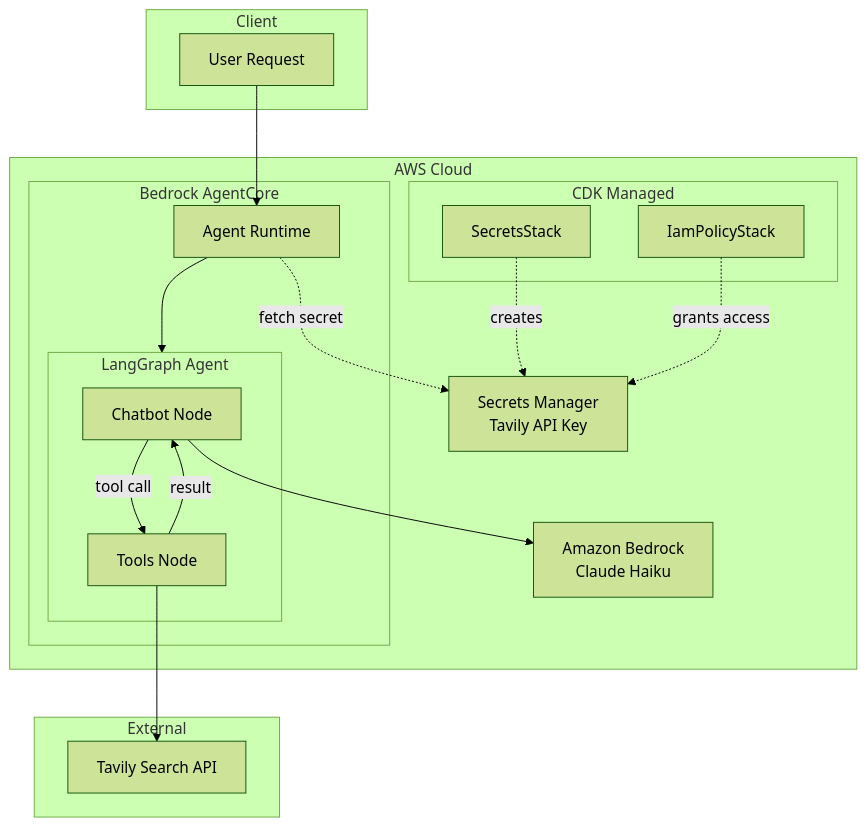
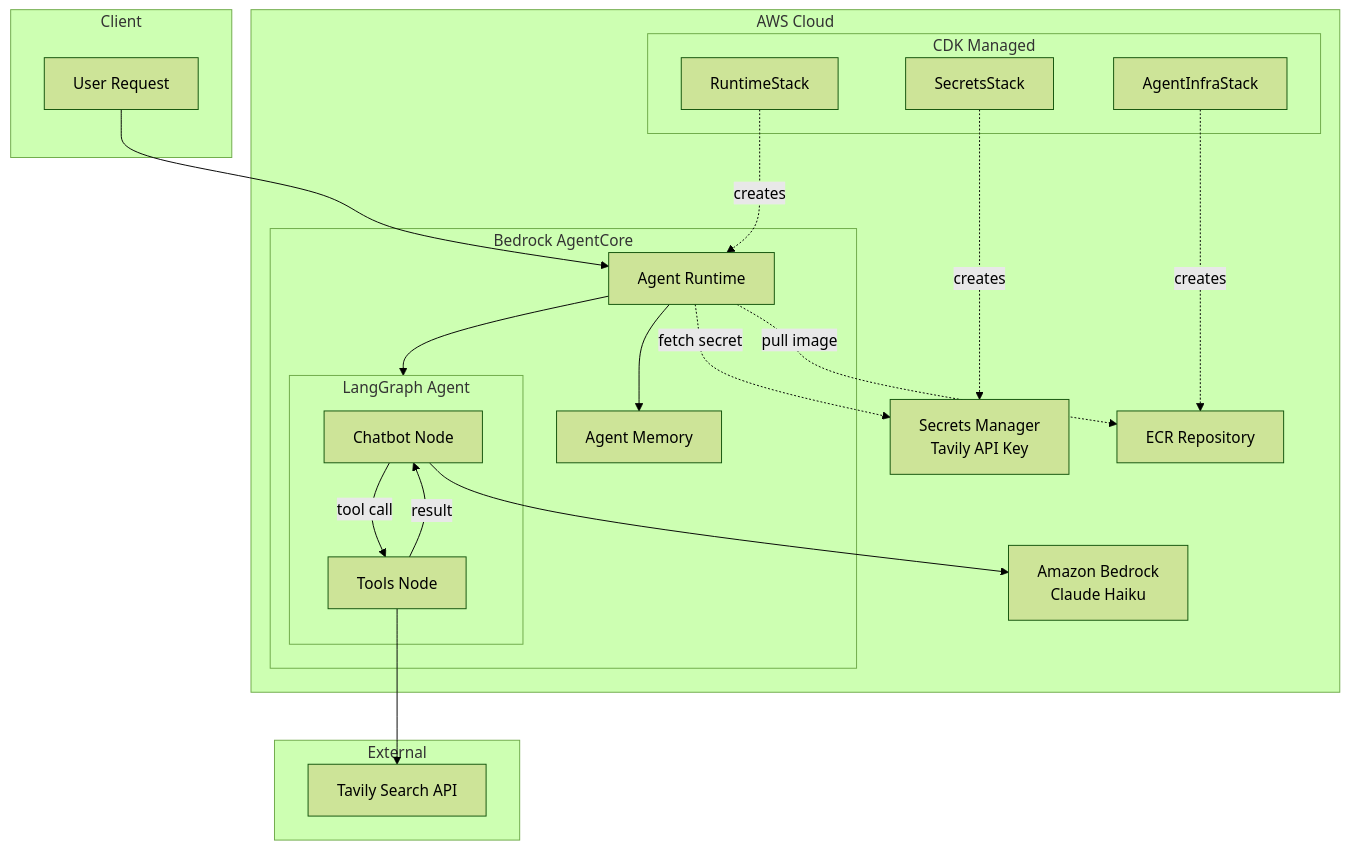
The first of 2 diagrams in README.md (avlind/langgraph-on-agentcore-with-otel), drawn with Mermaid (forest theme) before and after one commit. The commit also changed other lines of this file and 37 other files, not shown here.

````diff
--- a/README.md
+++ b/README.md
@@ -16,38 +16,44 @@
 ```mermaid
 flowchart TB
     subgraph Client
         User[User Request]
     end
 
     subgraph AWS["AWS Cloud"]
         subgraph AgentCore["Bedrock AgentCore"]
             Runtime[Agent Runtime]
+            Memory[Agent Memory]
             subgraph Agent["LangGraph Agent"]
                 Chatbot[Chatbot Node]
                 Tools[Tools Node]
                 Chatbot -->|tool call| Tools
                 Tools -->|result| Chatbot
             end
         end
 
         Bedrock[Amazon Bedrock<br/>Claude Haiku]
         Secrets[Secrets Manager<br/>Tavily API Key]
+        ECR[ECR Repository]
 
         subgraph CDK["CDK Managed"]
             SecretsStack[SecretsStack]
-            IamStack[IamPolicyStack]
+            InfraStack[AgentInfraStack]
+            RuntimeStack[RuntimeStack]
         end
     end
 
     subgraph External
         Tavily[Tavily Search API]
     end
 
     User --> Runtime
     Runtime --> Agent
+    Runtime --> Memory
     Chatbot --> Bedrock
     Tools --> Tavily
     Runtime -.->|fetch secret| Secrets
+    Runtime -.->|pull image| ECR
     SecretsStack -.->|creates| Secrets
-    IamStack -.->|grants access| Secrets
+    InfraStack -.->|creates| ECR
+    RuntimeStack -.->|creates| Runtime
 ```
````
